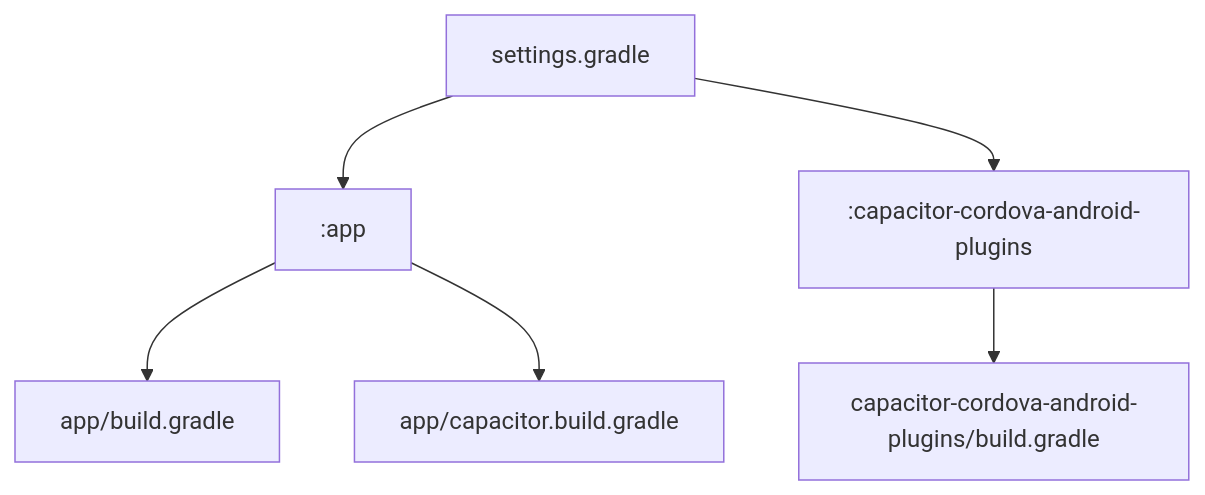
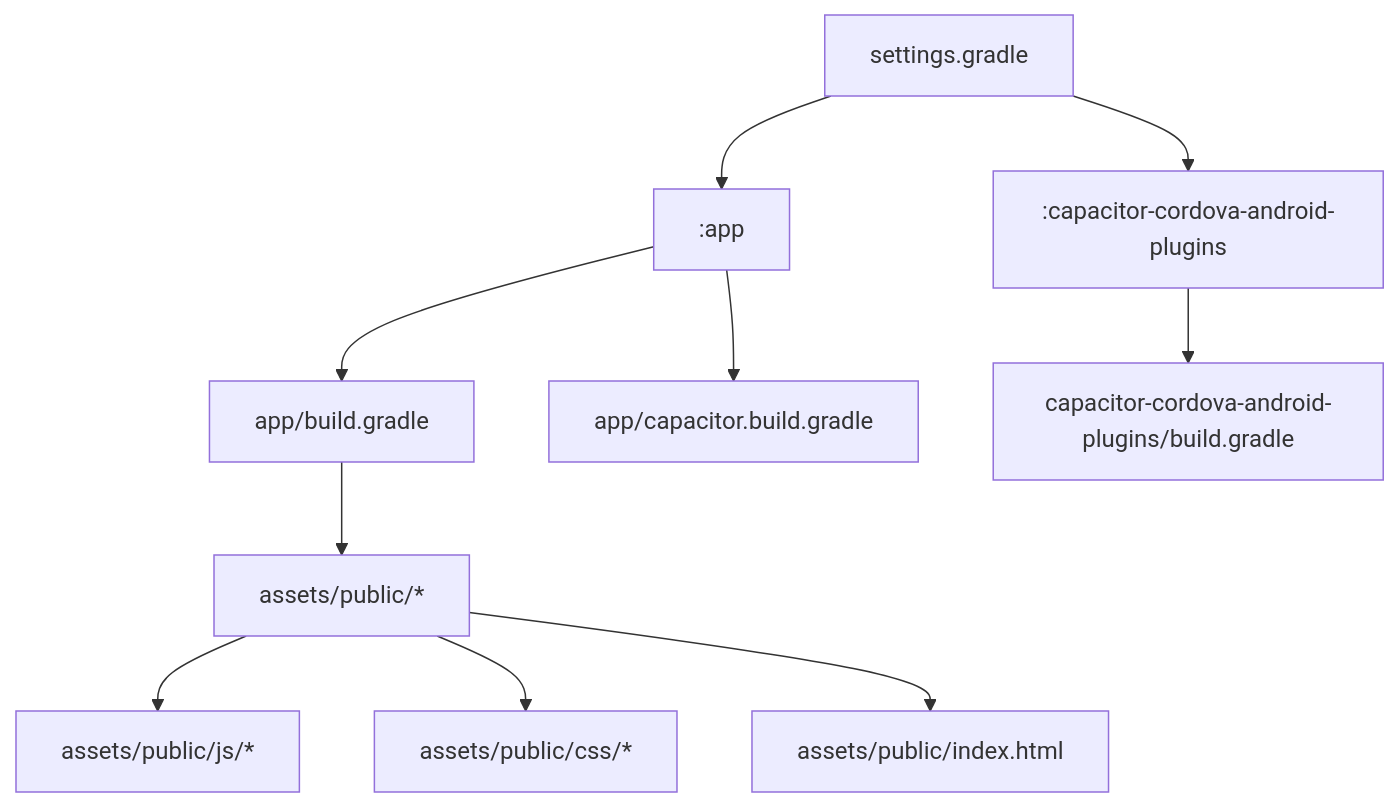
The eighth of 8 diagrams in .qoder/repowiki/zh/content/技术架构/Android平台集成.md (KAGUYA284/anima-list), drawn with Mermaid before and after one commit. The commit also changed other lines of this file and 17 other files, not shown here.

````diff
--- a/.qoder/repowiki/zh/content/技术架构/Android平台集成.md
+++ b/.qoder/repowiki/zh/content/技术架构/Android平台集成.md
@@ -268,8 +368,12 @@
 ```mermaid
 graph TB
 Settings["settings.gradle"] --> AppMod[":app"]
 Settings --> CordovaMod[":capacitor-cordova-android-plugins"]
 AppMod --> Gradle["app/build.gradle"]
 AppMod --> CapGradle["app/capacitor.build.gradle"]
 CordovaMod --> CordovaGradle["capacitor-cordova-android-plugins/build.gradle"]
+Gradle --> Assets["assets/public/*"]
+Assets --> JS["assets/public/js/*"]
+Assets --> CSS["assets/public/css/*"]
+Assets --> HTML["assets/public/index.html"]
 ```
````
